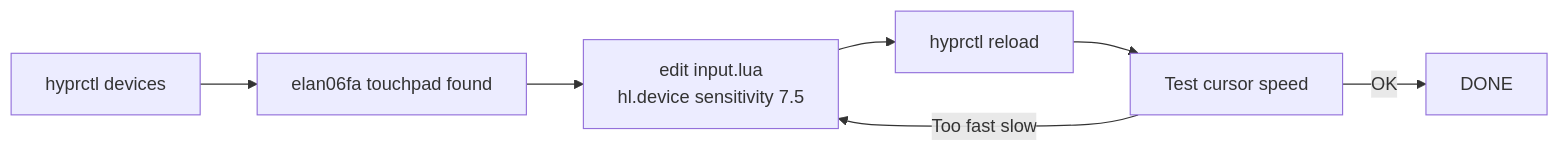
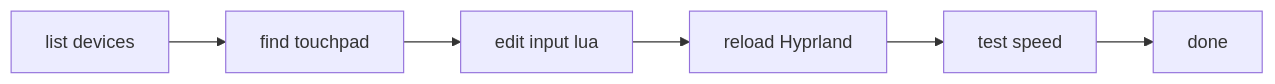
The tenth of 32 diagrams in Graph-Web-Atlas.md (444Nazky/My-Vault), drawn with Mermaid before and after one commit. The commit also changed other lines of this file and 8 other files, not shown here.

````diff
--- a/Graph-Web-Atlas.md
+++ b/Graph-Web-Atlas.md
@@ -168,9 +201,8 @@
 ```mermaid
 flowchart LR
-    A[hyprctl devices] --> B[elan06fa touchpad found]
-    B --> C[edit input.lua<br/>hl.device sensitivity 7.5]
-    C --> D[hyprctl reload]
-    D --> E[Test cursor speed]
-    E -->|Too fast slow| C
-    E -->|OK| F[DONE]
+    A["list devices"] --> B["find touchpad"]
+    B --> C["edit input lua"]
+    C --> D["reload Hyprland"]
+    D --> E["test speed"]
+    E --> F["done"]
 ```
````
